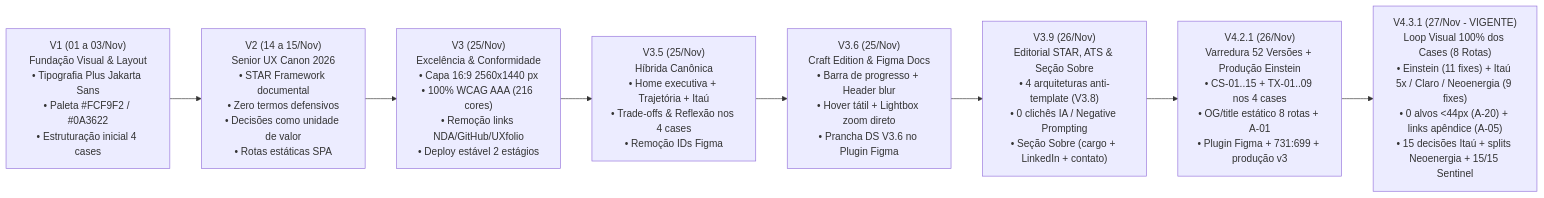
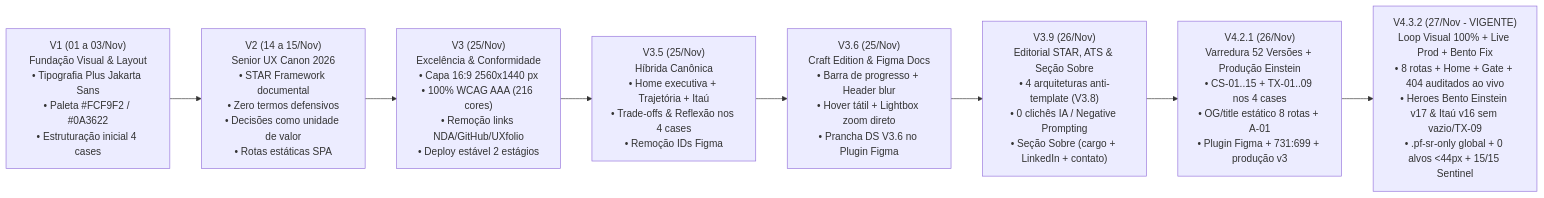
The diagram in docs/INDEX_GOVERNANCA_E_DECISOES.md (israelfull-commits/portfolio), drawn with Mermaid before and after one commit. The commit also changed 4 other files, not shown here.

Commit message:
fix(v4.3.2): live prod audit + fix vertical void & WCAG 2.2 anachronism in Einstein v17 & Itau v16 Bento heroes + global pf-sr-only for 404 header

````diff
--- a/docs/INDEX_GOVERNANCA_E_DECISOES.md
+++ b/docs/INDEX_GOVERNANCA_E_DECISOES.md
@@ -15,12 +15,12 @@
 ```mermaid
 flowchart LR
     V1["V1 (01 a 03/Nov)<br>Fundação Visual & Layout<br>• Tipografia Plus Jakarta Sans<br>• Paleta #FCF9F2 / #0A3622<br>• Estruturação inicial 4 cases"]
     V2["V2 (14 a 15/Nov)<br>Senior UX Canon 2026<br>• STAR Framework documental<br>• Zero termos defensivos<br>• Decisões como unidade de valor<br>• Rotas estáticas SPA"]
     V3["V3 (25/Nov)<br>Excelência & Conformidade<br>• Capa 16:9 2560x1440 px<br>• 100% WCAG AAA (216 cores)<br>• Remoção links NDA/GitHub/UXfolio<br>• Deploy estável 2 estágios"]
     V35["V3.5 (25/Nov)<br>Híbrida Canônica<br>• Home executiva + Trajetória + Itaú<br>• Trade-offs & Reflexão nos 4 cases<br>• Remoção IDs Figma"]
     V36["V3.6 (25/Nov)<br>Craft Edition & Figma Docs<br>• Barra de progresso + Header blur<br>• Hover tátil + Lightbox zoom direto<br>• Prancha DS V3.6 no Plugin Figma"]
     V39["V3.9 (26/Nov)<br>Editorial STAR, ATS & Seção Sobre<br>• 4 arquiteturas anti-template (V3.8)<br>• 0 clichês IA / Negative Prompting<br>• Seção Sobre (cargo + LinkedIn + contato)"]
     V310["V4.2.1 (26/Nov)<br>Varredura 52 Versões + Produção Einstein<br>• CS-01..15 + TX-01..09 nos 4 cases<br>• OG/title estático 8 rotas + A-01<br>• Plugin Figma + 731:699 + produção v3"]
-    V430["V4.3.1 (27/Nov - VIGENTE)<br>Loop Visual 100% dos Cases (8 Rotas)<br>• Einstein (11 fixes) + Itaú 5x / Claro / Neoenergia (9 fixes)<br>• 0 alvos <44px (A-20) + links apêndice (A-05)<br>• 15 decisões Itaú + splits Neoenergia + 15/15 Sentinel"]
+    V430["V4.3.2 (27/Nov - VIGENTE)<br>Loop Visual 100% + Live Prod + Bento Fix<br>• 8 rotas + Home + Gate + 404 auditados ao vivo<br>• Heroes Bento Einstein v17 & Itaú v16 sem vazio/TX-09<br>• .pf-sr-only global + 0 alvos <44px + 15/15 Sentinel"]
     V1 --> V2 --> V3 --> V35 --> V36 --> V39 --> V310 --> V430
 ```
````
